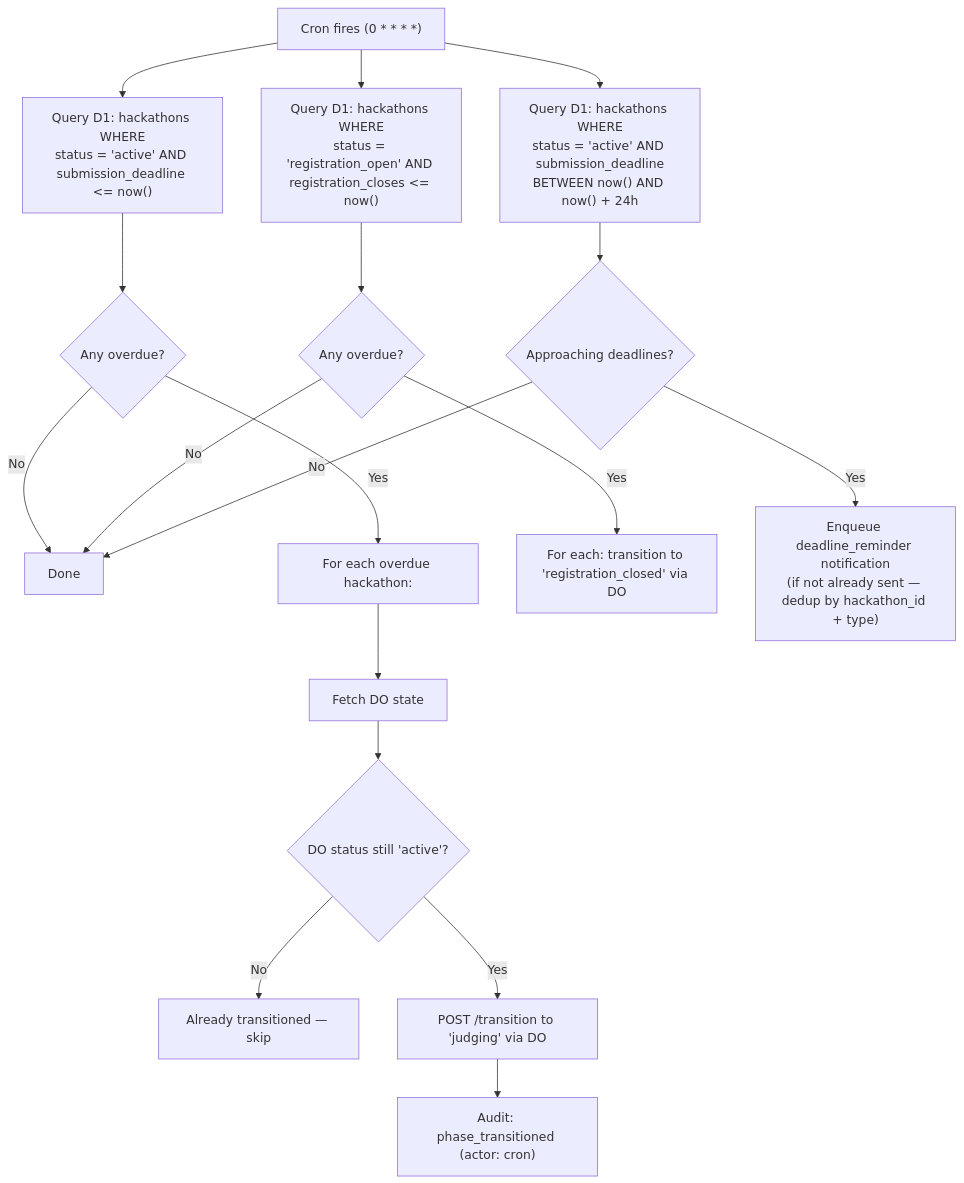
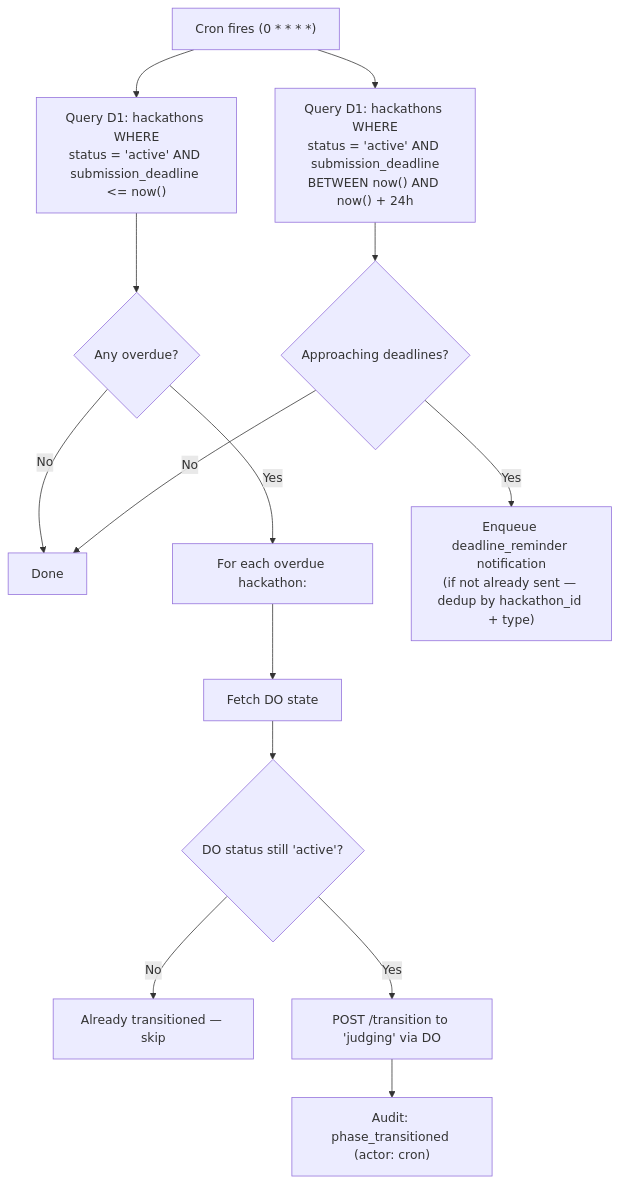
Before and after one commit to devangshupandey2025-stack/DevSage: the fifth of 7 diagrams in docs/v3/planned/hackathon-lifecycle.md, drawn with Mermaid. The commit also changed other lines of this file, not shown here.

First line of the commit message:
docs(lifecycle): reduce to 5 states, remove registration window

````diff
--- a/docs/v3/planned/hackathon-lifecycle.md
+++ b/docs/v3/planned/hackathon-lifecycle.md
@@ -317,22 +309,17 @@
 ```mermaid
 flowchart TD
     A["Cron fires (0 * * * *)"] --> B["Query D1: hackathons WHERE<br/>status = 'active' AND submission_deadline <= now()"]
     B --> C{Any overdue?}
     C -->|No| D[Done]
     C -->|Yes| E["For each overdue hackathon:"]
     E --> F["Fetch DO state"]
     F --> G{DO status still 'active'?}
     G -->|No| H["Already transitioned — skip"]
     G -->|Yes| I["POST /transition to 'judging' via DO"]
     I --> J["Audit: phase_transitioned (actor: cron)"]
 
-    A --> K["Query D1: hackathons WHERE<br/>status = 'registration_open' AND registration_closes <= now()"]
-    K --> L{Any overdue?}
-    L -->|No| D
-    L -->|Yes| M["For each: transition to 'registration_closed' via DO"]
-
     A --> N["Query D1: hackathons WHERE<br/>status = 'active' AND submission_deadline<br/>BETWEEN now() AND now() + 24h"]
     N --> O{Approaching deadlines?}
     O -->|Yes| P["Enqueue deadline_reminder notification<br/>(if not already sent — dedup by hackathon_id + type)"]
     O -->|No| D
 ```
````
